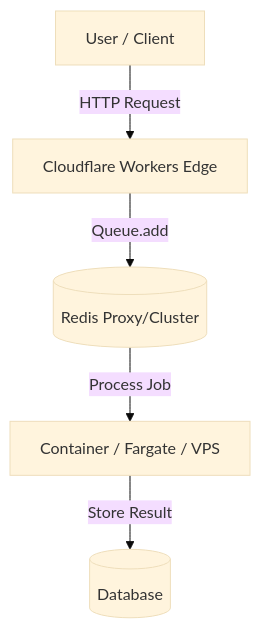
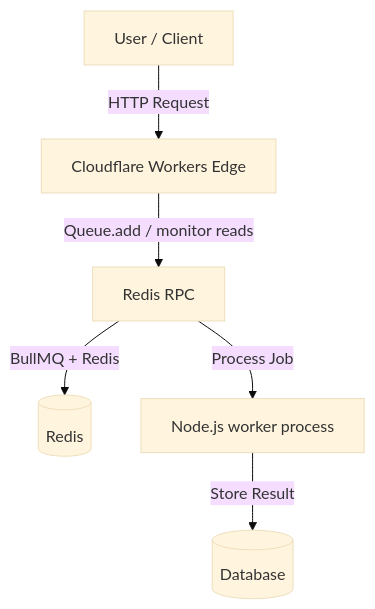
Before and after one commit to ZinTrust/zintrust: the diagram in docs/architecture-producer-consumer.md, drawn with Mermaid (base theme). The commit also changed other lines of this file and 46 other files, not shown here.

````diff
--- a/docs/architecture-producer-consumer.md
+++ b/docs/architecture-producer-consumer.md
@@ -7,7 +7,8 @@
 ```mermaid
 graph TD
     User[User / Client] -->|HTTP Request| Edge[Cloudflare Workers Edge]
-    Edge -->|Queue.add| Redis[(Redis Proxy/Cluster)]
-    Redis -->|Process Job| Container[Container / Fargate / VPS]
-    Container -->|Store Result| DB[(Database)]
+    Edge -->|Queue.add / monitor reads| RPC[Redis RPC]
+    RPC -->|BullMQ + Redis| Redis[(Redis)]
+    RPC -->|Process Job| Consumer[Node.js worker process]
+    Consumer -->|Store Result| DB[(Database)]
 ```
````
